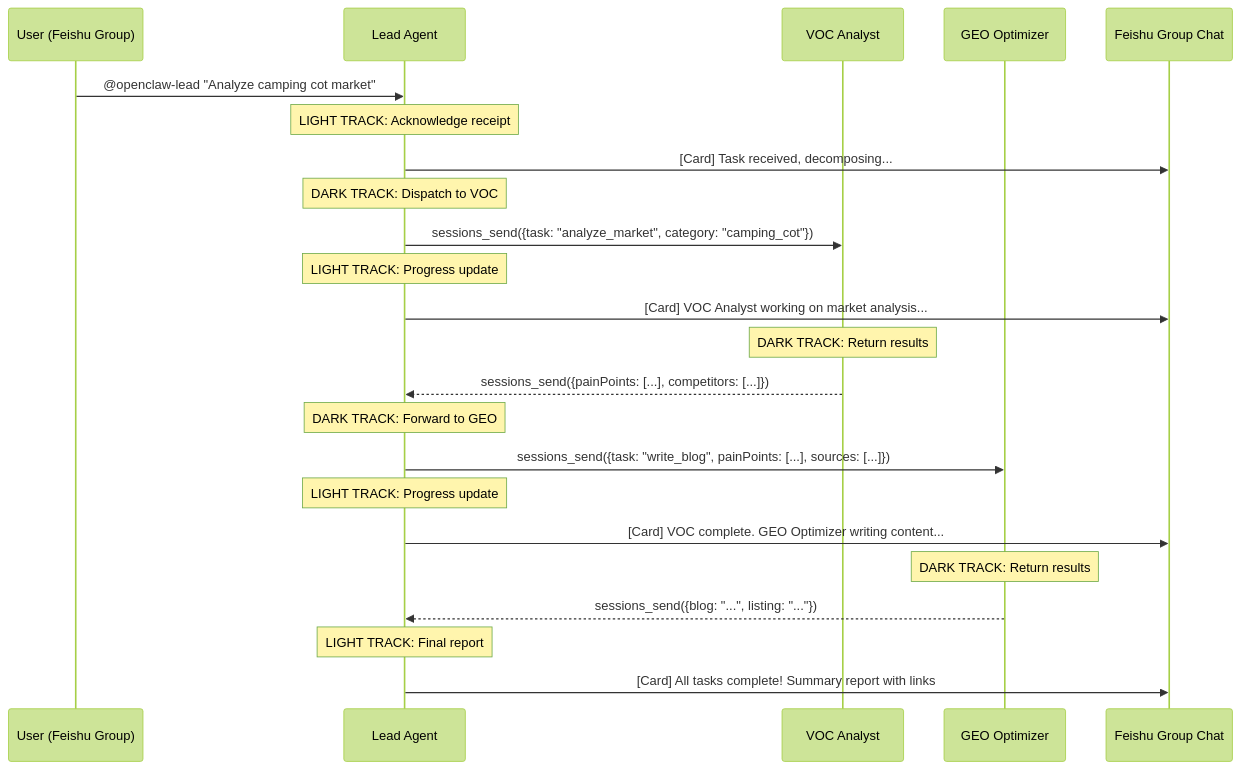
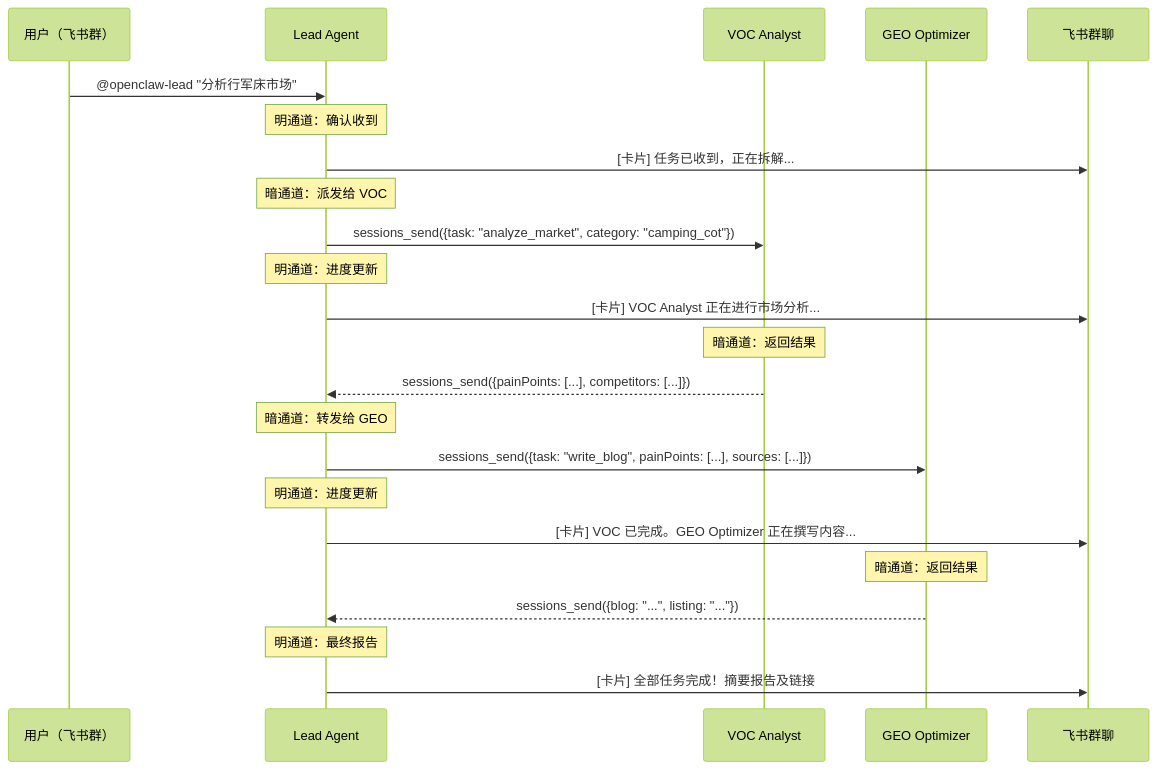
Before and after one commit to chan-kinghin/e-commerce-claw: the second of 3 diagrams in plans/PLAN-feishu-integration.md, drawn with Mermaid (forest theme). The commit also changed other lines of this file and 55 other files, not shown here.

````diff
--- a/plans/PLAN-feishu-integration.md
+++ b/plans/PLAN-feishu-integration.md
@@ -218,34 +218,34 @@
 ```mermaid
 sequenceDiagram
-    participant User as User (Feishu Group)
+    participant User as 用户（飞书群）
     participant Lead as Lead Agent
     participant VOC as VOC Analyst
     participant GEO as GEO Optimizer
-    participant FeishuGroup as Feishu Group Chat
+    participant FeishuGroup as 飞书群聊
 
-    User->>Lead: @openclaw-lead "Analyze camping cot market"
+    User->>Lead: @openclaw-lead "分析行军床市场"
 
-    Note over Lead: LIGHT TRACK: Acknowledge receipt
-    Lead->>FeishuGroup: [Card] Task received, decomposing...
+    Note over Lead: 明通道：确认收到
+    Lead->>FeishuGroup: [卡片] 任务已收到，正在拆解...
 
-    Note over Lead: DARK TRACK: Dispatch to VOC
+    Note over Lead: 暗通道：派发给 VOC
     Lead->>VOC: sessions_send({task: "analyze_market", category: "camping_cot"})
 
-    Note over Lead: LIGHT TRACK: Progress update
-    Lead->>FeishuGroup: [Card] VOC Analyst working on market analysis...
+    Note over Lead: 明通道：进度更新
+    Lead->>FeishuGroup: [卡片] VOC Analyst 正在进行市场分析...
 
-    Note over VOC: DARK TRACK: Return results
+    Note over VOC: 暗通道：返回结果
     VOC-->>Lead: sessions_send({painPoints: [...], competitors: [...]})
 
-    Note over Lead: DARK TRACK: Forward to GEO
+    Note over Lead: 暗通道：转发给 GEO
     Lead->>GEO: sessions_send({task: "write_blog", painPoints: [...], sources: [...]})
 
-    Note over Lead: LIGHT TRACK: Progress update
-    Lead->>FeishuGroup: [Card] VOC complete. GEO Optimizer writing content...
+    Note over Lead: 明通道：进度更新
+    Lead->>FeishuGroup: [卡片] VOC 已完成。GEO Optimizer 正在撰写内容...
 
-    Note over GEO: DARK TRACK: Return results
+    Note over GEO: 暗通道：返回结果
     GEO-->>Lead: sessions_send({blog: "...", listing: "..."})
 
-    Note over Lead: LIGHT TRACK: Final report
-    Lead->>FeishuGroup: [Card] All tasks complete! Summary report with links
+    Note over Lead: 明通道：最终报告
+    Lead->>FeishuGroup: [卡片] 全部任务完成！摘要报告及链接
 ```
````
